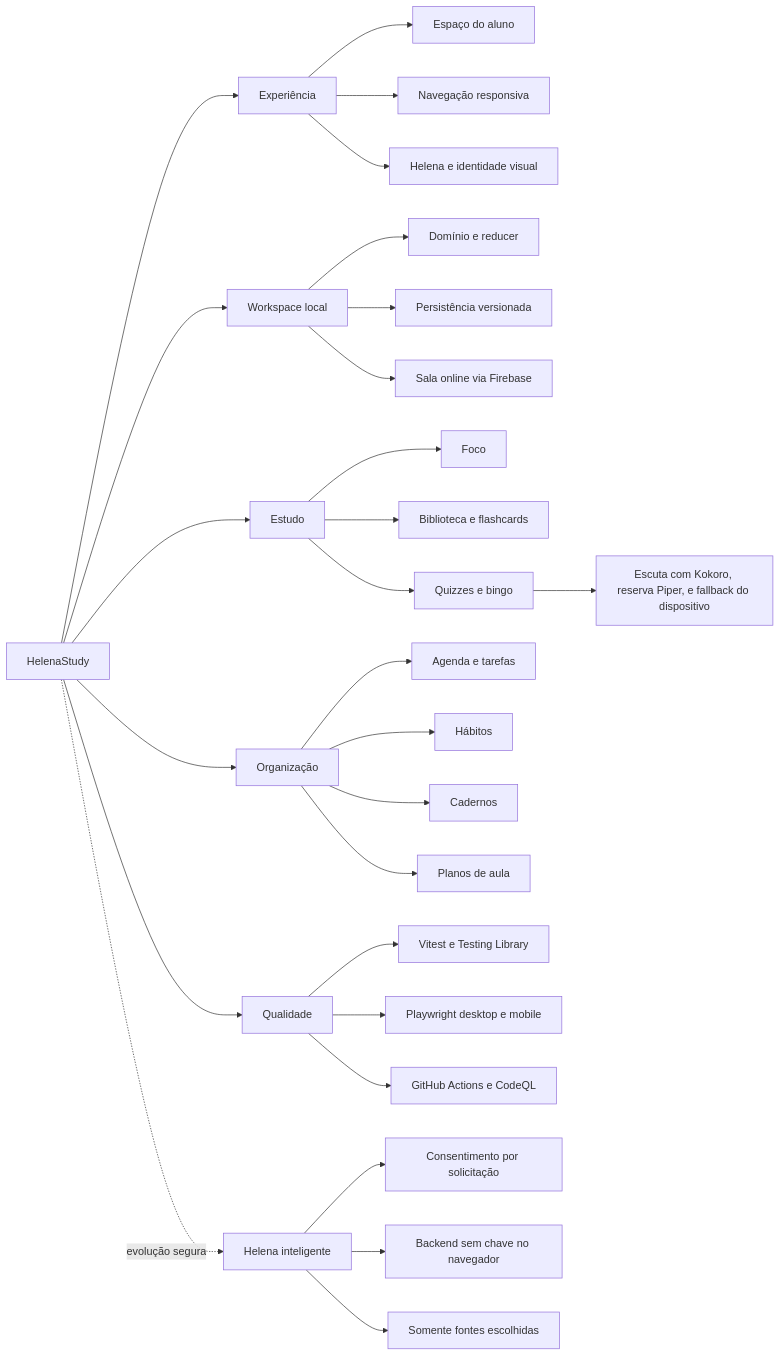
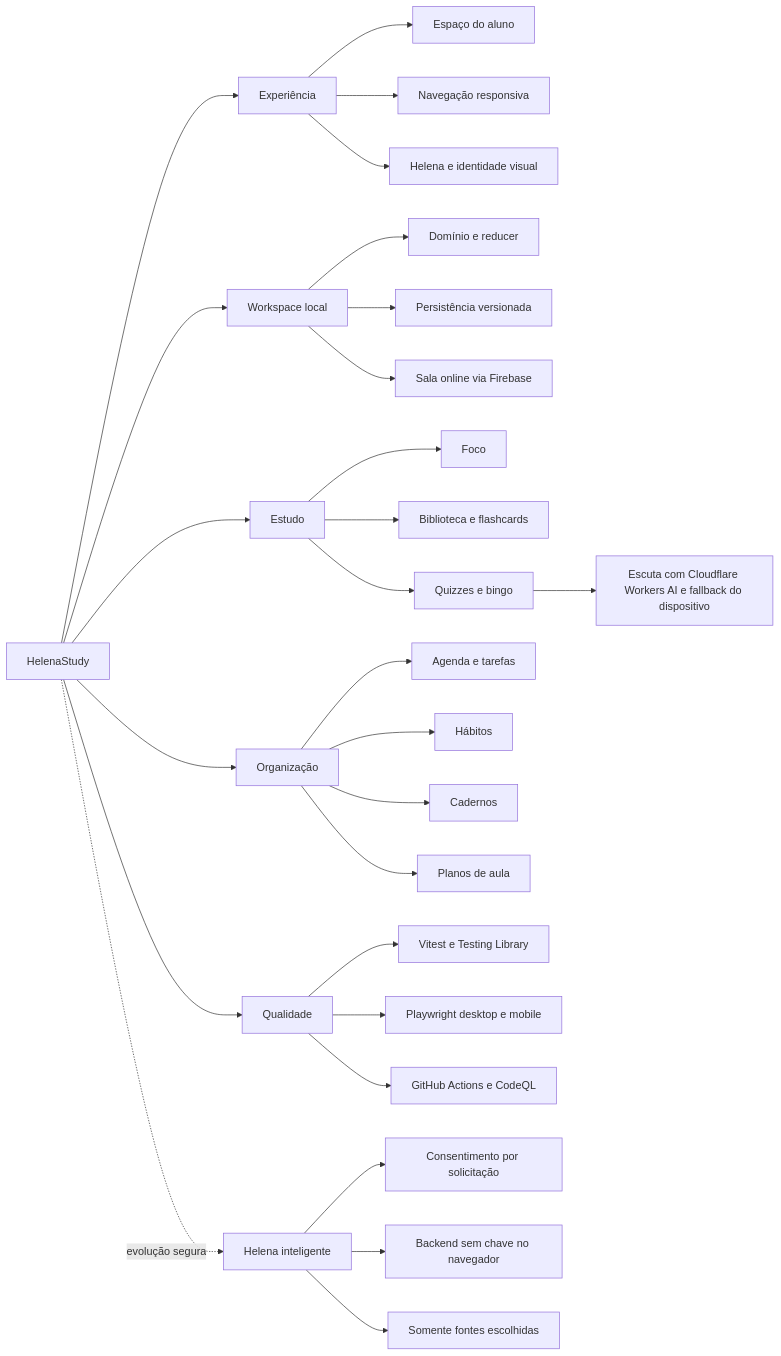
The diagram in docs/SECOND_BRAIN.md (olive644/helenastudy), drawn with Mermaid before and after one commit. The commit also changed other lines of this file and 10 other files, not shown here.

````diff
--- a/docs/SECOND_BRAIN.md
+++ b/docs/SECOND_BRAIN.md
@@ -75,35 +76,35 @@
 ```mermaid
 flowchart LR
   HS[HelenaStudy] --> UX[Experiência]
   HS --> DATA[Workspace local]
   HS --> STUDY[Estudo]
   HS --> ORG[Organização]
   HS --> QUALITY[Qualidade]
   HS -. evolução segura .-> INTEL[Helena inteligente]
 
   UX --> TODAY[Espaço do aluno]
   UX --> NAV[Navegação responsiva]
   UX --> BRAND[Helena e identidade visual]
 
   DATA --> DOMAIN[Domínio e reducer]
   DATA --> STORAGE[Persistência versionada]
   DATA --> ROOM[Sala online via Firebase]
 
   STUDY --> FOCUS[Foco]
   STUDY --> LIB[Biblioteca e flashcards]
   STUDY --> PRACTICE[Quizzes e bingo]
-  PRACTICE --> LISTEN[Escuta com Kokoro, reserva Piper, e fallback do dispositivo]
+  PRACTICE --> LISTEN[Escuta com Cloudflare Workers AI e fallback do dispositivo]
 
   ORG --> PLAN[Agenda e tarefas]
   ORG --> HABITS[Hábitos]
   ORG --> NOTES[Cadernos]
   ORG --> LESSON[Planos de aula]
 
   QUALITY --> UNIT[Vitest e Testing Library]
   QUALITY --> E2E[Playwright desktop e mobile]
   QUALITY --> CI[GitHub Actions e CodeQL]
 
   INTEL --> CONSENT[Consentimento por solicitação]
   INTEL --> BACKEND[Backend sem chave no navegador]
   INTEL --> SOURCES[Somente fontes escolhidas]
 ```
````
